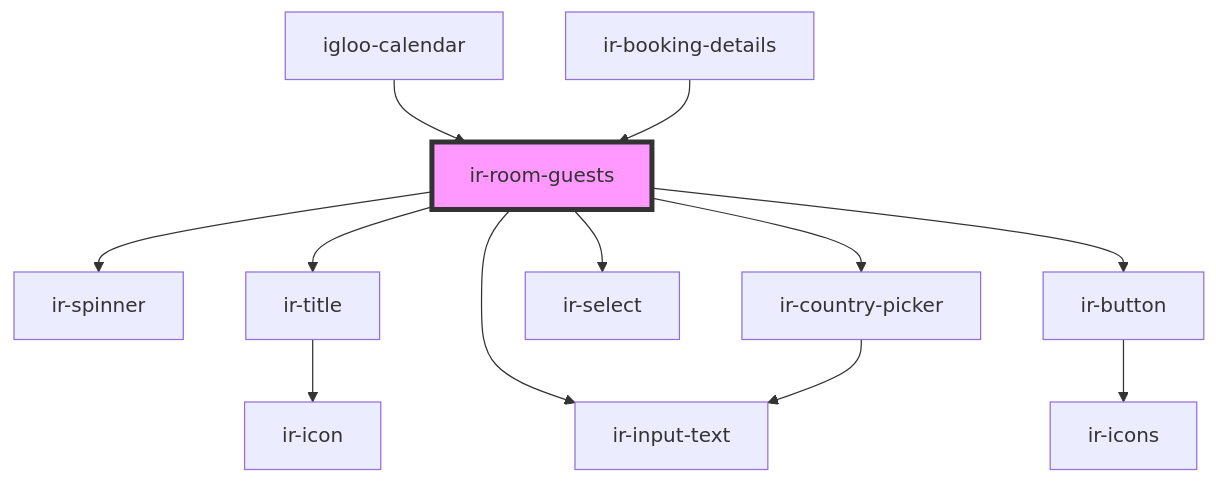
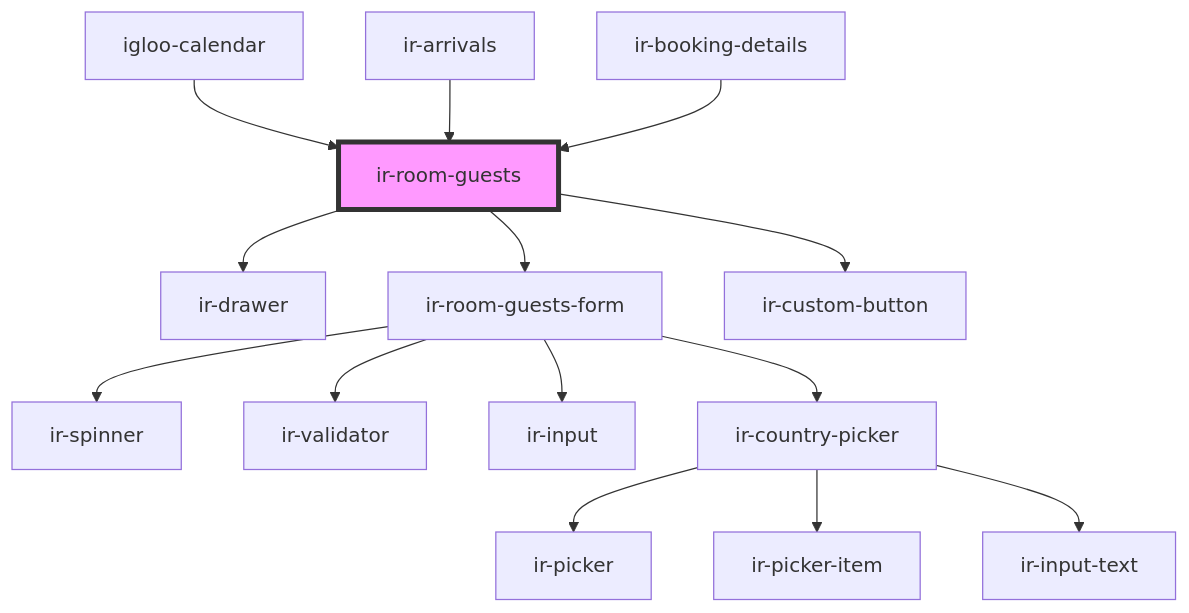
Before and after one commit to RonyRizk/ir-webcmp: the diagram in src/components/ir-booking-details/ir-room-guests/readme.md, drawn with Mermaid. The commit also changed other lines of this file and 433 other files, not shown here.

````diff
--- a/src/components/ir-booking-details/ir-room-guests/readme.md
+++ b/src/components/ir-booking-details/ir-room-guests/readme.md
@@ -48,15 +45,17 @@
 ```mermaid
 graph TD;
-  ir-room-guests --> ir-spinner
-  ir-room-guests --> ir-title
-  ir-room-guests --> ir-input-text
-  ir-room-guests --> ir-country-picker
-  ir-room-guests --> ir-select
-  ir-room-guests --> ir-button
-  ir-title --> ir-icon
+  ir-room-guests --> ir-drawer
+  ir-room-guests --> ir-room-guests-form
+  ir-room-guests --> ir-custom-button
+  ir-room-guests-form --> ir-spinner
+  ir-room-guests-form --> ir-validator
+  ir-room-guests-form --> ir-input
+  ir-room-guests-form --> ir-country-picker
+  ir-country-picker --> ir-picker
+  ir-country-picker --> ir-picker-item
   ir-country-picker --> ir-input-text
-  ir-button --> ir-icons
   igloo-calendar --> ir-room-guests
+  ir-arrivals --> ir-room-guests
   ir-booking-details --> ir-room-guests
   style ir-room-guests fill:#f9f,stroke:#333,stroke-width:4px
 ```
````
